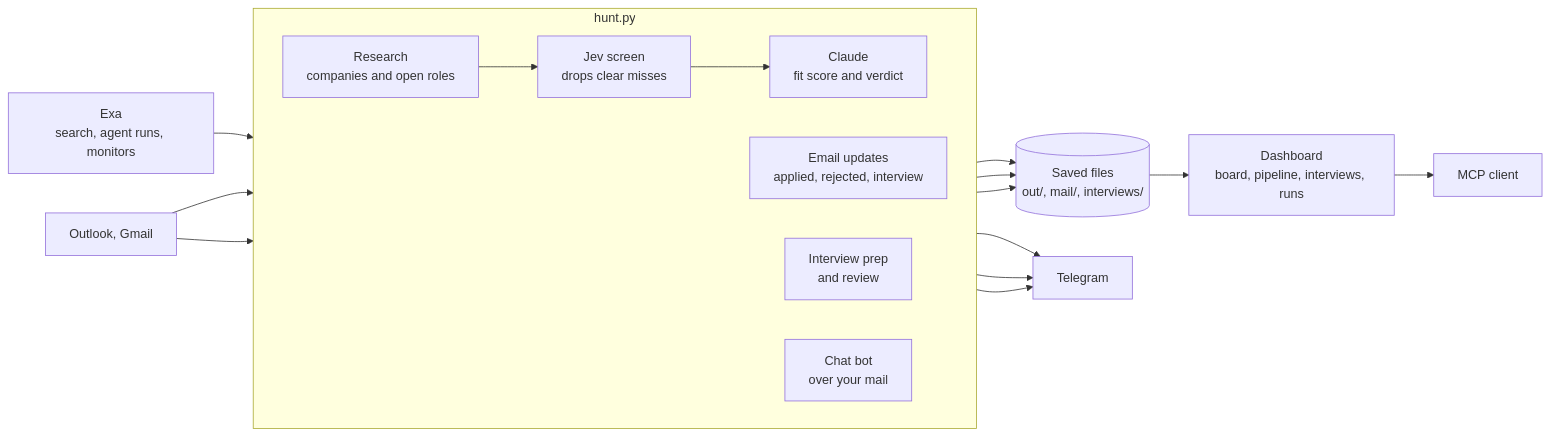
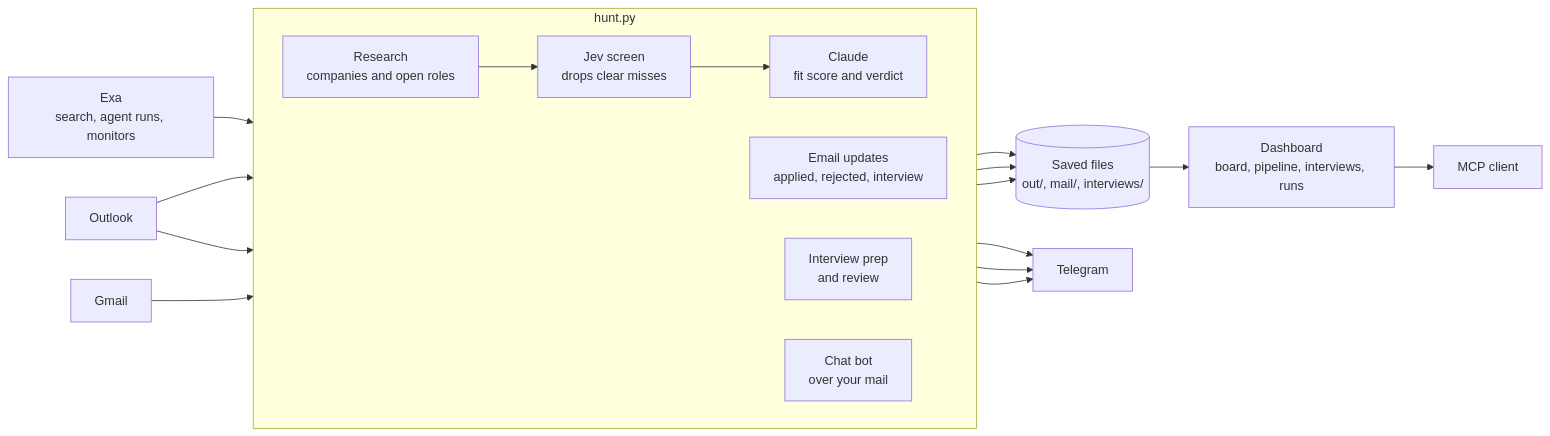
Before and after one commit to Milos-Blagojevic/growth-analytics: the diagram in README.md, drawn with Mermaid.

Commit message:
README diagram: Gmail feeds the chat bot only, Outlook feeds email updates too

````diff
--- a/README.md
+++ b/README.md
@@ -7,30 +7,32 @@
 ```mermaid
 flowchart LR
     exa["Exa<br/>search, agent runs, monitors"]
-    mailbox["Outlook, Gmail"]
+    outlook["Outlook"]
+    gmail["Gmail"]
 
     subgraph hunt ["hunt.py"]
         direction LR
         research["Research<br/>companies and open roles"] --> jev["Jev screen<br/>drops clear misses"] --> claude["Claude<br/>fit score and verdict"]
         mail["Email updates<br/>applied, rejected, interview"]
         coach["Interview prep<br/>and review"]
         chat["Chat bot<br/>over your mail"]
     end
 
     files[("Saved files<br/>out/, mail/, interviews/")]
     telegram["Telegram"]
     dashboard["Dashboard<br/>board, pipeline, interviews, runs"]
     mcp["MCP client"]
 
     exa --> research
-    mailbox --> mail
-    mailbox --> chat
+    outlook --> mail
+    outlook --> chat
+    gmail --> chat
     claude --> files
     mail --> files
     coach --> files
     claude --> telegram
     mail --> telegram
     chat --> telegram
     files --> dashboard
     dashboard --> mcp
 ```
````
